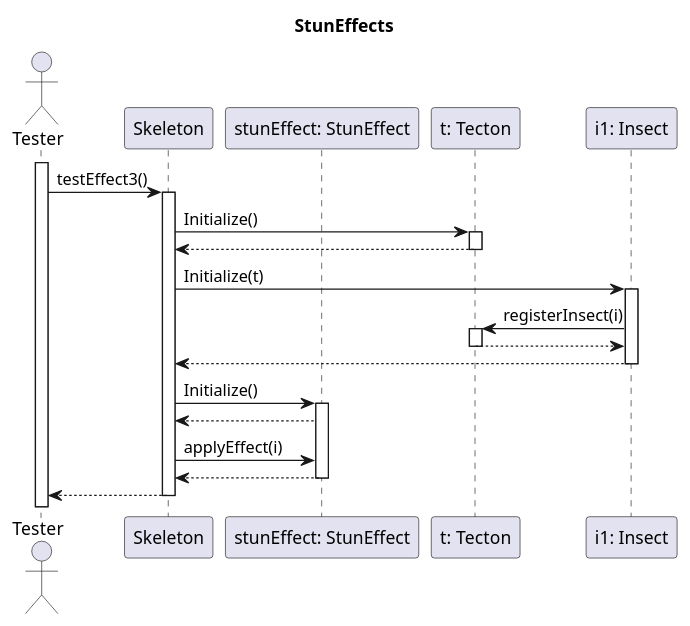
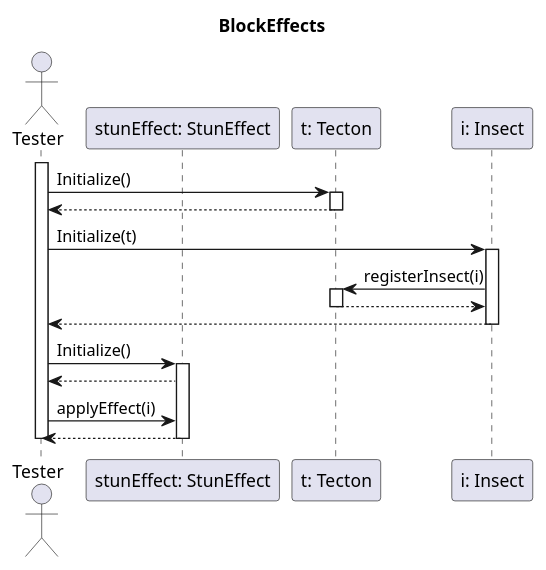
Before and after one commit to dzsem/projlab: the diagram in diagrams/communication/effect/StunEffect.wsd, drawn with PlantUML. The commit also changed 3 other files, not shown here.

Commit message:
Remove Skeleton from communication diagrams

```diff
--- a/diagrams/communication/effect/StunEffect.wsd
+++ b/diagrams/communication/effect/StunEffect.wsd
@@ -1,53 +1,38 @@
 @startuml Effects Init
 
-title StunEffects 
+title BlockEffects 
 
-actor "Tester" as test
-
-participant "Skeleton" as tester
-activate test
-test ->tester:testEffect3()
-
-participant "stunEffect: StunEffect" as speed
-
-
+actor "Tester" as tester
+participant "stunEffect: StunEffect" as stun
 participant "t: Tecton" as t
-
-participant "i1: Insect" as i
-
+participant "i: Insect" as i
 
 activate tester
 
-tester -> t: Initialize()
-activate t
-t --> tester
-deactivate t
+	tester -> t: Initialize()
+	activate t
+	t --> tester
+	deactivate t
 
-tester -> i: Initialize(t)
-activate i
-i-> t: registerInsect(i)
-activate t
-t --> i
-deactivate t
-i --> tester
-deactivate i
+	tester -> i: Initialize(t)
+	activate i
 
+		i-> t: registerInsect(i)
+		activate t
+		t --> i
+		deactivate t
 
+	tester <-- i
+	deactivate i
 
+	tester -> stun: Initialize()
+	activate stun
+	stun --> tester
 
-
-
-tester -> speed: Initialize()
-activate speed
-speed --> tester
-
-tester->speed: applyEffect(i)
-speed-->tester
-deactivate speed
-
-test <-- tester
+	tester->stun: applyEffect(i)
+	stun-->tester
+	deactivate stun
 
 deactivate tester
 
-
 @enduml
```
